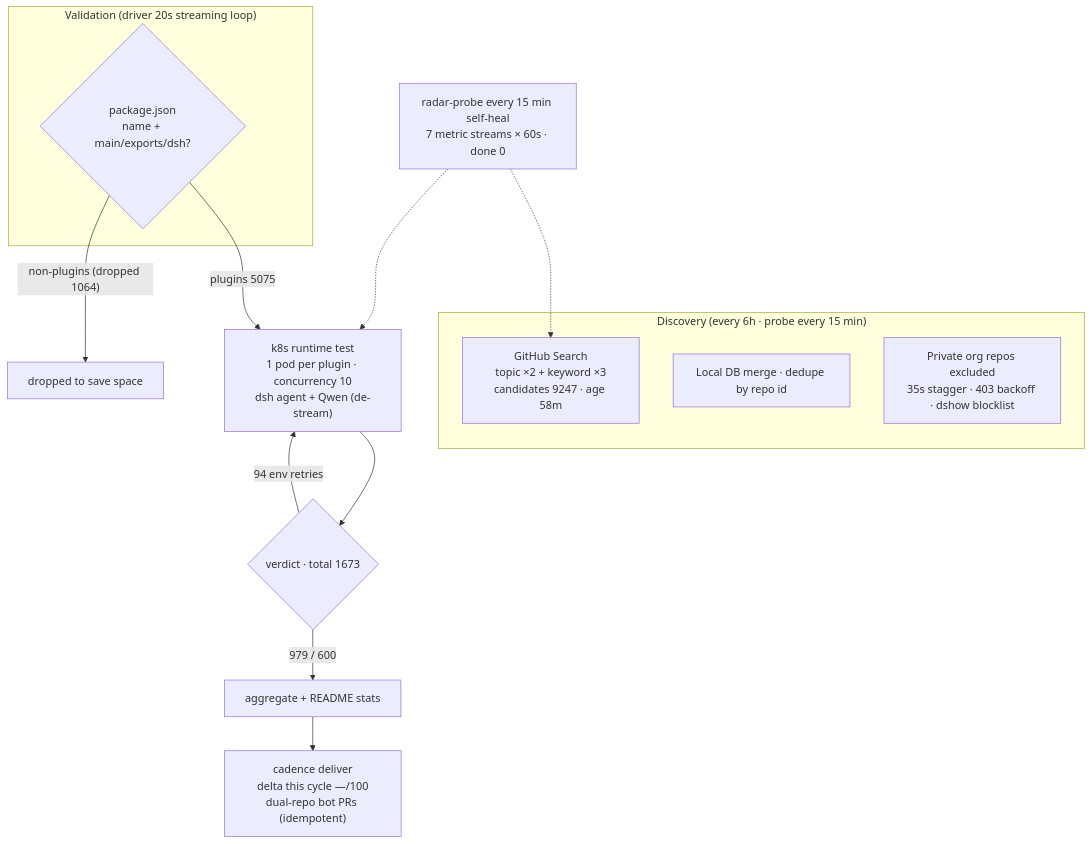
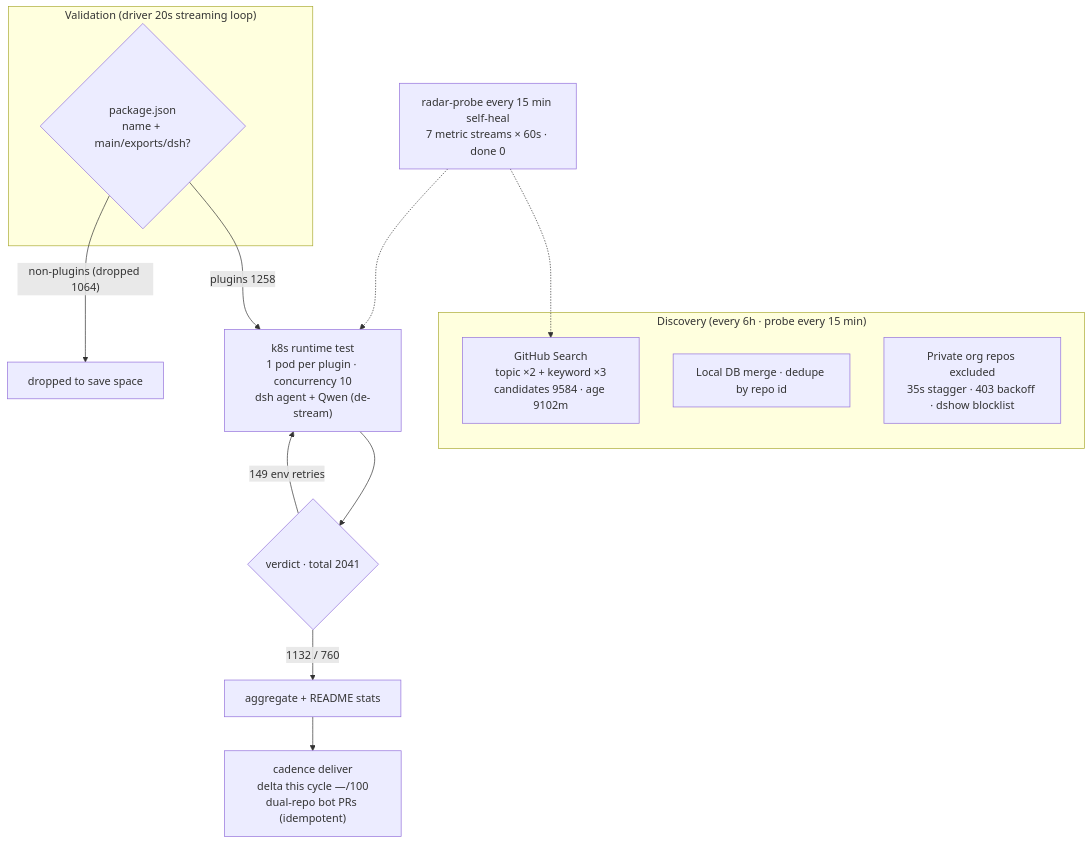
The diagram in README.en-US.md (Zhidao-Lab-OSS/awesome-dsh-plugins), drawn with Mermaid before and after one commit. The commit also changed other lines of this file and 4 other files, not shown here.

````diff
--- a/README.en-US.md
+++ b/README.en-US.md
@@ -30,20 +30,20 @@
 ```mermaid
 flowchart TB
     subgraph Discovery["Discovery (every 6h · probe every 15 min)"]
-        A1["GitHub Search<br/>topic ×2 + keyword ×3<br/>candidates 9247 · age 58m"]
+        A1["GitHub Search<br/>topic ×2 + keyword ×3<br/>candidates 9584 · age 9102m"]
         A2["Local DB merge · dedupe by repo id"]
         A3["Private org repos excluded<br/>35s stagger · 403 backoff · dshow blocklist"]
     end
     subgraph Validation["Validation (driver 20s streaming loop)"]
         B1{"package.json<br/>name + main/exports/dsh?"}
     end
-    B1 -->|"plugins 5075"| C1["k8s runtime test<br/>1 pod per plugin · concurrency 10<br/>dsh agent + Qwen (de-stream)"]
+    B1 -->|"plugins 1258"| C1["k8s runtime test<br/>1 pod per plugin · concurrency 10<br/>dsh agent + Qwen (de-stream)"]
     B1 -->|"non-plugins (dropped 1064)"| B3["dropped to save space"]
-    C1 --> D1{"verdict · total 1673"}
-    D1 -->|"979 / 600"| E1["aggregate + README stats"]
-    D1 -->|"94 env retries"| C1
+    C1 --> D1{"verdict · total 2041"}
+    D1 -->|"1132 / 760"| E1["aggregate + README stats"]
+    D1 -->|"149 env retries"| C1
     E1 --> E2["cadence deliver<br/>delta this cycle —/100<br/>dual-repo bot PRs (idempotent)"]
     M["radar-probe every 15 min self-heal<br/>7 metric streams × 60s · done 0"]
     M -.-> A1
     M -.-> C1
 ```
````
